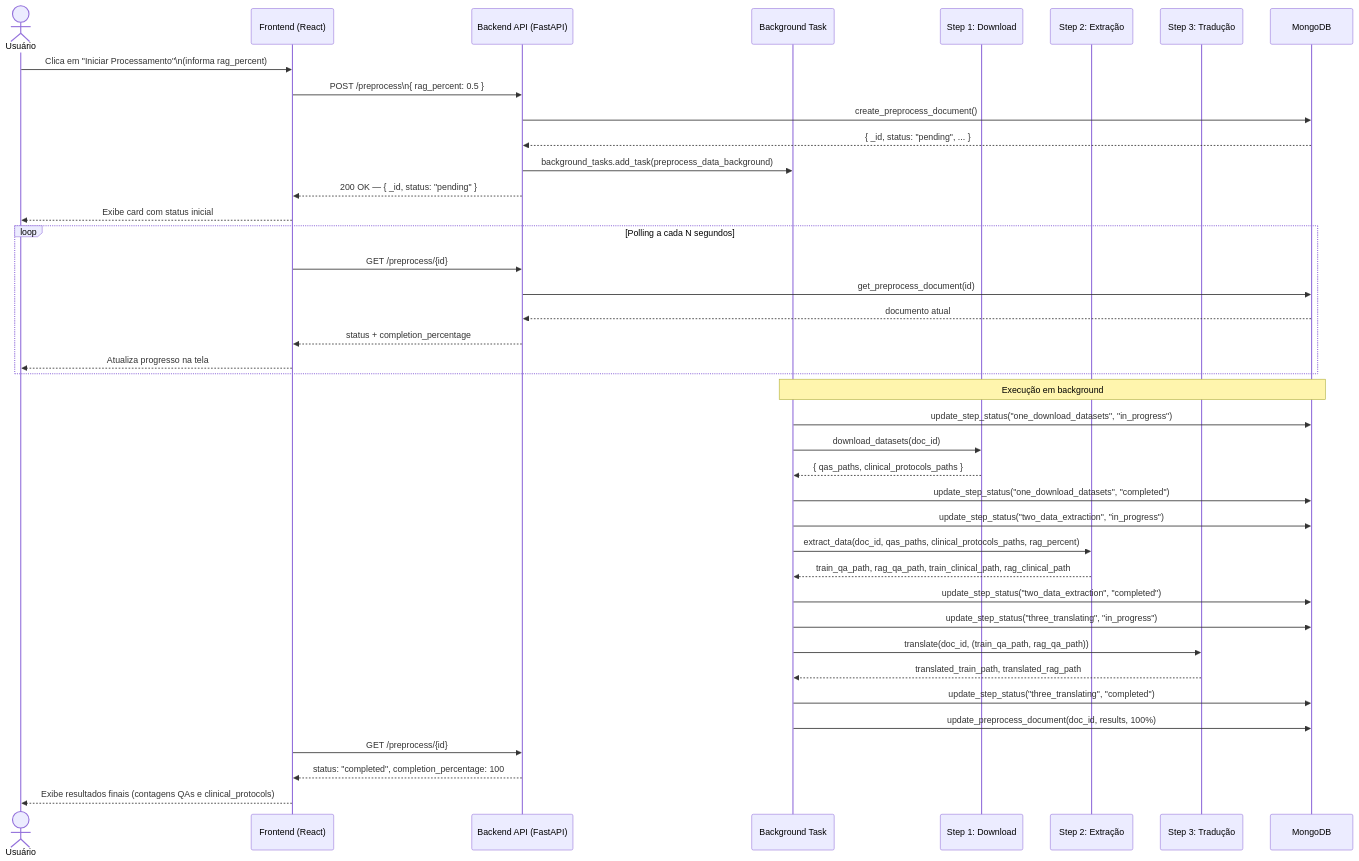
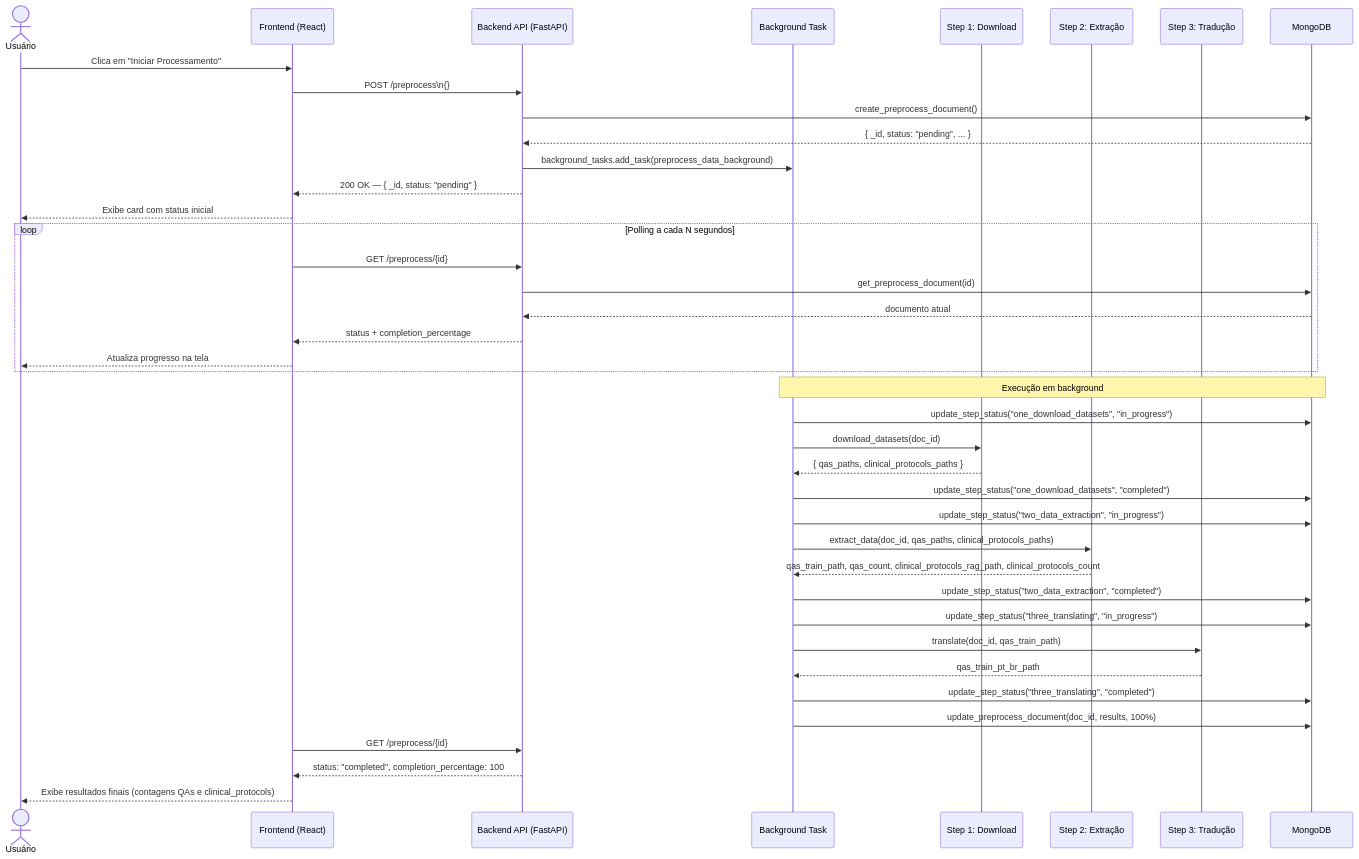
The fifth of 6 diagrams in docs/architecture/README.md (vagner-nascimento/fiap-pos-ia-para-devs-fase3-tech-challenge), drawn with Mermaid before and after one commit. The commit also changed other lines of this file and 8 other files, not shown here.

````diff
--- a/docs/architecture/README.md
+++ b/docs/architecture/README.md
@@ -211,49 +211,49 @@
 ```mermaid
 sequenceDiagram
     actor U as Usuário
     participant FE as Frontend (React)
     participant API as Backend API (FastAPI)
     participant BG as Background Task
     participant S1 as Step 1: Download
     participant S2 as Step 2: Extração
     participant S3 as Step 3: Tradução
     participant DB as MongoDB
 
-    U->>FE: Clica em "Iniciar Processamento"\n(informa rag_percent)
-    FE->>API: POST /preprocess\n{ rag_percent: 0.5 }
+    U->>FE: Clica em "Iniciar Processamento"
+    FE->>API: POST /preprocess\n{}
     API->>DB: create_preprocess_document()
     DB-->>API: { _id, status: "pending", ... }
     API->>BG: background_tasks.add_task(preprocess_data_background)
     API-->>FE: 200 OK — { _id, status: "pending" }
     FE-->>U: Exibe card com status inicial
 
     loop Polling a cada N segundos
         FE->>API: GET /preprocess/{id}
         API->>DB: get_preprocess_document(id)
         DB-->>API: documento atual
         API-->>FE: status + completion_percentage
         FE-->>U: Atualiza progresso na tela
     end
 
     Note over BG,DB: Execução em background
 
     BG->>DB: update_step_status("one_download_datasets", "in_progress")
     BG->>S1: download_datasets(doc_id)
     S1-->>BG: { qas_paths, clinical_protocols_paths }
     BG->>DB: update_step_status("one_download_datasets", "completed")
 
     BG->>DB: update_step_status("two_data_extraction", "in_progress")
-    BG->>S2: extract_data(doc_id, qas_paths, clinical_protocols_paths, rag_percent)
-    S2-->>BG: train_qa_path, rag_qa_path, train_clinical_path, rag_clinical_path
+    BG->>S2: extract_data(doc_id, qas_paths, clinical_protocols_paths)
+    S2-->>BG: qas_train_path, qas_count, clinical_protocols_rag_path, clinical_protocols_count
     BG->>DB: update_step_status("two_data_extraction", "completed")
 
     BG->>DB: update_step_status("three_translating", "in_progress")
-    BG->>S3: translate(doc_id, (train_qa_path, rag_qa_path))
-    S3-->>BG: translated_train_path, translated_rag_path
+    BG->>S3: translate(doc_id, qas_train_path)
+    S3-->>BG: qas_train_pt_br_path
     BG->>DB: update_step_status("three_translating", "completed")
 
     BG->>DB: update_preprocess_document(doc_id, results, 100%)
     FE->>API: GET /preprocess/{id}
     API-->>FE: status: "completed", completion_percentage: 100
     FE-->>U: Exibe resultados finais (contagens QAs e clinical_protocols)
 ```
````
